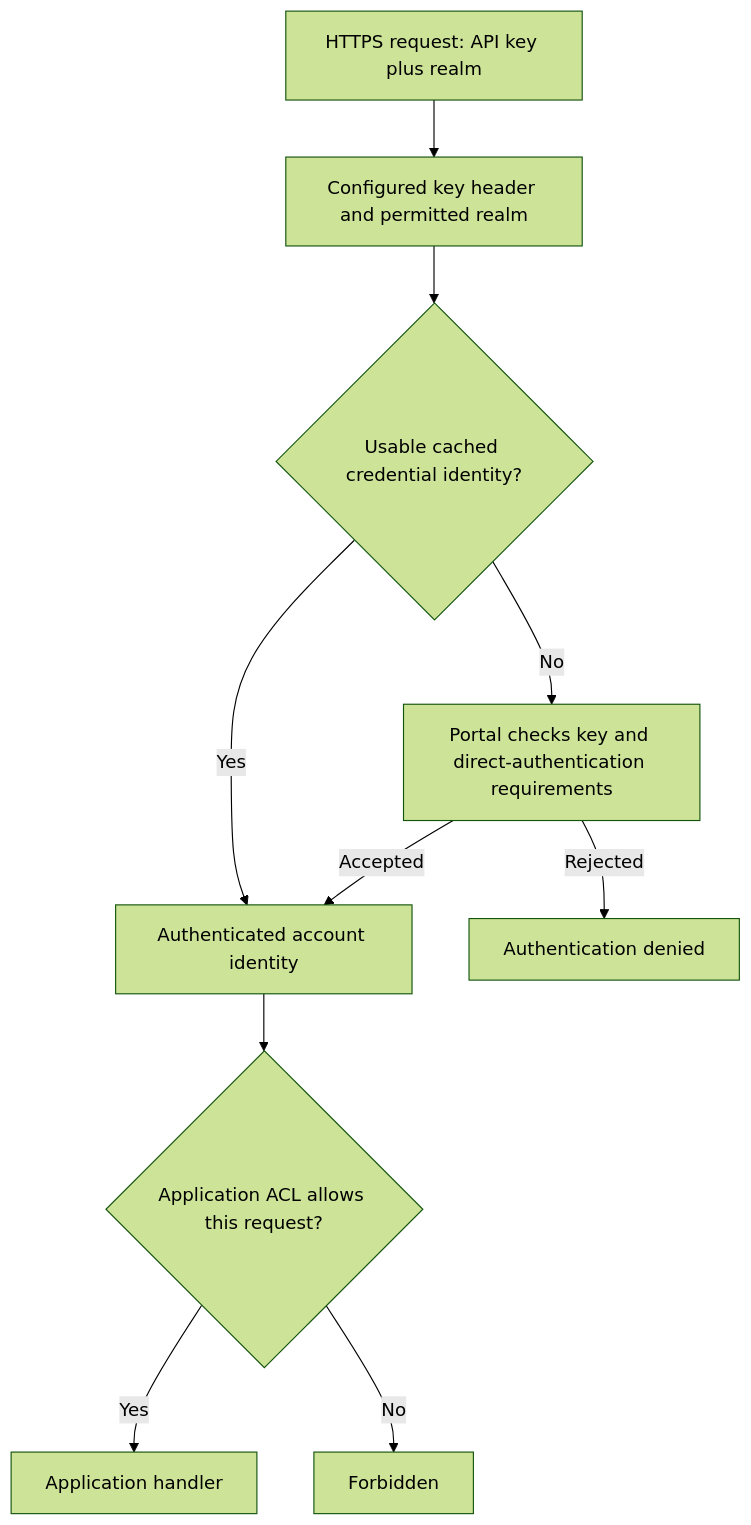
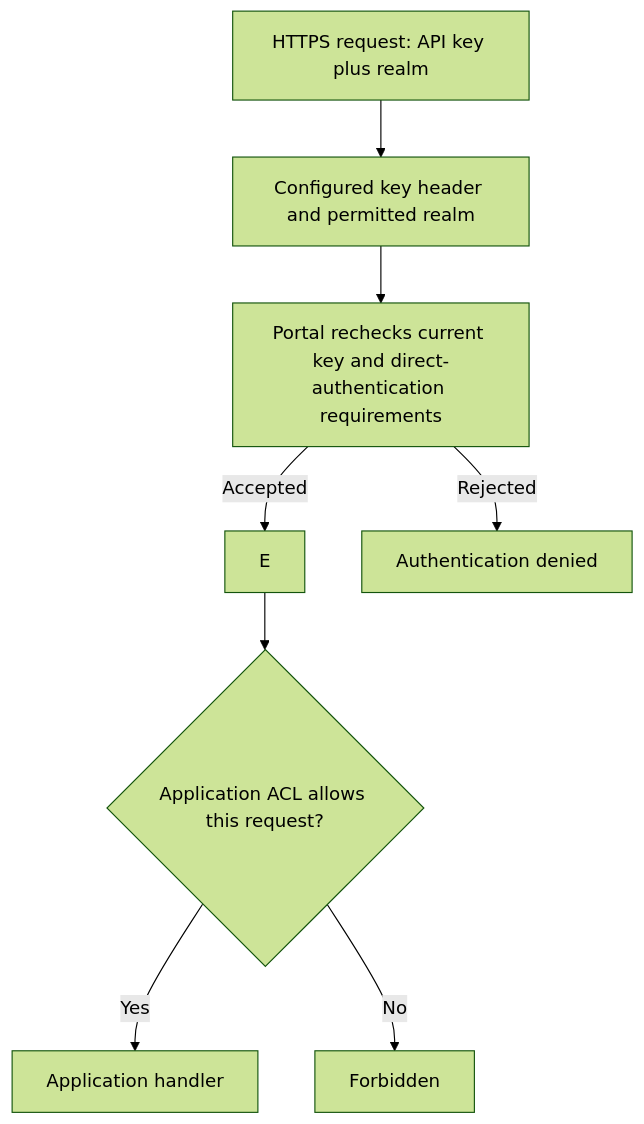
The diagram in docs/authorize/api_key_auth.md (authcrunch/authcrunch.github.io), drawn with Mermaid (forest theme) before and after one commit. The commit also changed other lines of this file and 122 other files, not shown here.

````diff
--- a/docs/authorize/api_key_auth.md
+++ b/docs/authorize/api_key_auth.md
@@ -17,14 +17,12 @@
 ```mermaid
 flowchart TD
   accTitle: An account API key authenticates a request, not an MFA ceremony
-  accDescr: The key identifies an account in an explicitly selected realm. Credential authentication, required evidence, and application authorization remain separate checks. A valid cached credential identity can avoid a new backend lookup. This request flow does not issue portal refresh credentials or establish a browser Profile session.
+  accDescr: The key identifies an account in an explicitly selected realm. Credential authentication, required evidence, and application authorization remain separate checks. In v1.5.0 portal-backed credentials are rechecked against current account policy on every request. This request flow does not issue portal refresh credentials or establish a browser Profile session.
   A["HTTPS request: API key plus realm"] --> B["Configured key header and permitted realm"]
-  B --> C{"Usable cached credential identity?"}
-  C -->|Yes| E["Authenticated account identity"]
-  C -->|No| D["Portal checks key and direct-authentication requirements"]
+  B --> D["Portal rechecks current key and direct-authentication requirements"]
   D -->|Accepted| E
   D -->|Rejected| F["Authentication denied"]
   E --> G{"Application ACL allows this request?"}
   G -->|Yes| H["Application handler"]
   G -->|No| I["Forbidden"]
 ```
````
